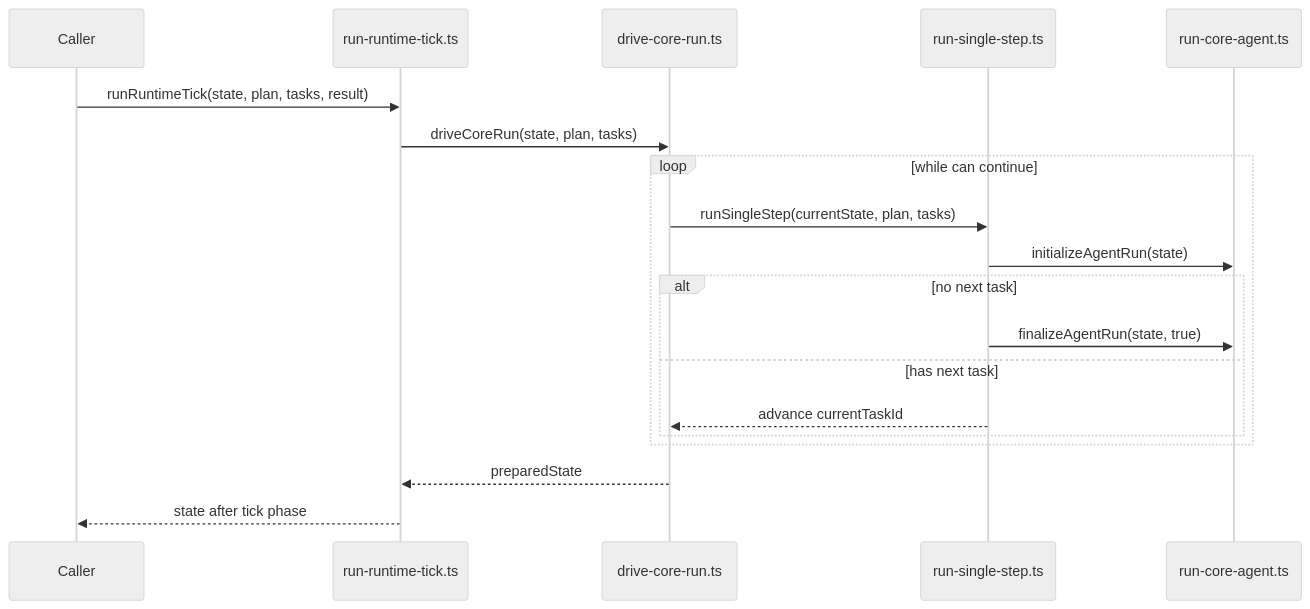
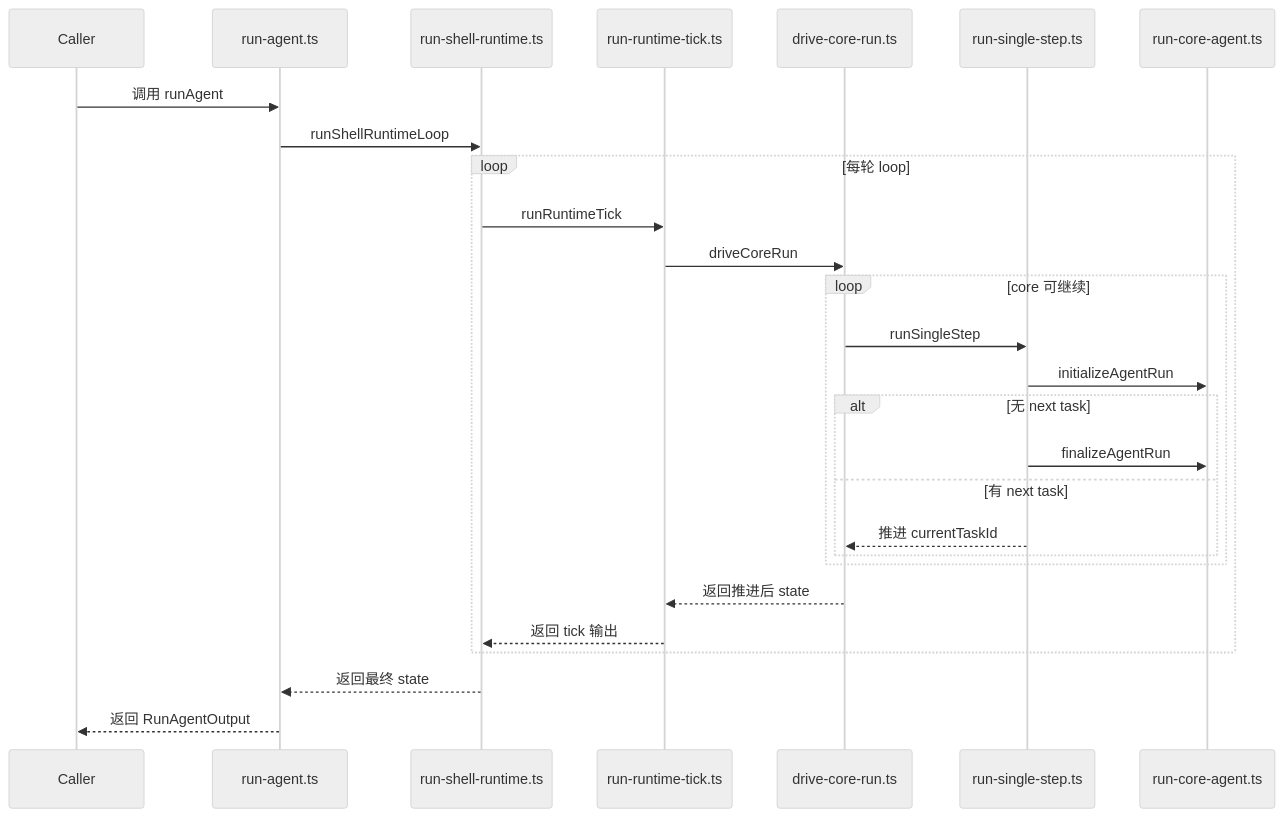
Before and after one commit to CharlieHasAHeart/forgetauri: the first of 4 diagrams in docs/architecture/02-core_runtime_visual_model.md, drawn with Mermaid (neutral theme). The commit also changed other lines of this file, not shown here.

Commit message:
Rewrite runtime visual model for current five-layer baseline

````diff
--- a/docs/architecture/02-core_runtime_visual_model.md
+++ b/docs/architecture/02-core_runtime_visual_model.md
@@ -13,22 +13,30 @@
 ```mermaid
 sequenceDiagram
-  participant C as Caller
-  participant T as run-runtime-tick.ts
-  participant D as drive-core-run.ts
-  participant S as run-single-step.ts
-  participant R as run-core-agent.ts
+  participant Caller
+  participant App as run-agent.ts
+  participant Shell as run-shell-runtime.ts
+  participant Tick as run-runtime-tick.ts
+  participant Drive as drive-core-run.ts
+  participant Step as run-single-step.ts
+  participant CoreRun as run-core-agent.ts
 
-  C->>T: runRuntimeTick(state, plan, tasks, result)
-  T->>D: driveCoreRun(state, plan, tasks)
-  loop while can continue
-    D->>S: runSingleStep(currentState, plan, tasks)
-    S->>R: initializeAgentRun(state)
-    alt no next task
-      S->>R: finalizeAgentRun(state, true)
-    else has next task
-      S-->>D: advance currentTaskId
+  Caller->>App: 调用 runAgent
+  App->>Shell: runShellRuntimeLoop
+  loop 每轮 loop
+    Shell->>Tick: runRuntimeTick
+    Tick->>Drive: driveCoreRun
+    loop core 可继续
+      Drive->>Step: runSingleStep
+      Step->>CoreRun: initializeAgentRun
+      alt 无 next task
+        Step->>CoreRun: finalizeAgentRun
+      else 有 next task
+        Step-->>Drive: 推进 currentTaskId
+      end
     end
+    Drive-->>Tick: 返回推进后 state
+    Tick-->>Shell: 返回 tick 输出
   end
-  D-->>T: preparedState
-  T-->>C: state after tick phase
+  Shell-->>App: 返回最终 state
+  App-->>Caller: 返回 RunAgentOutput
 ```
````
